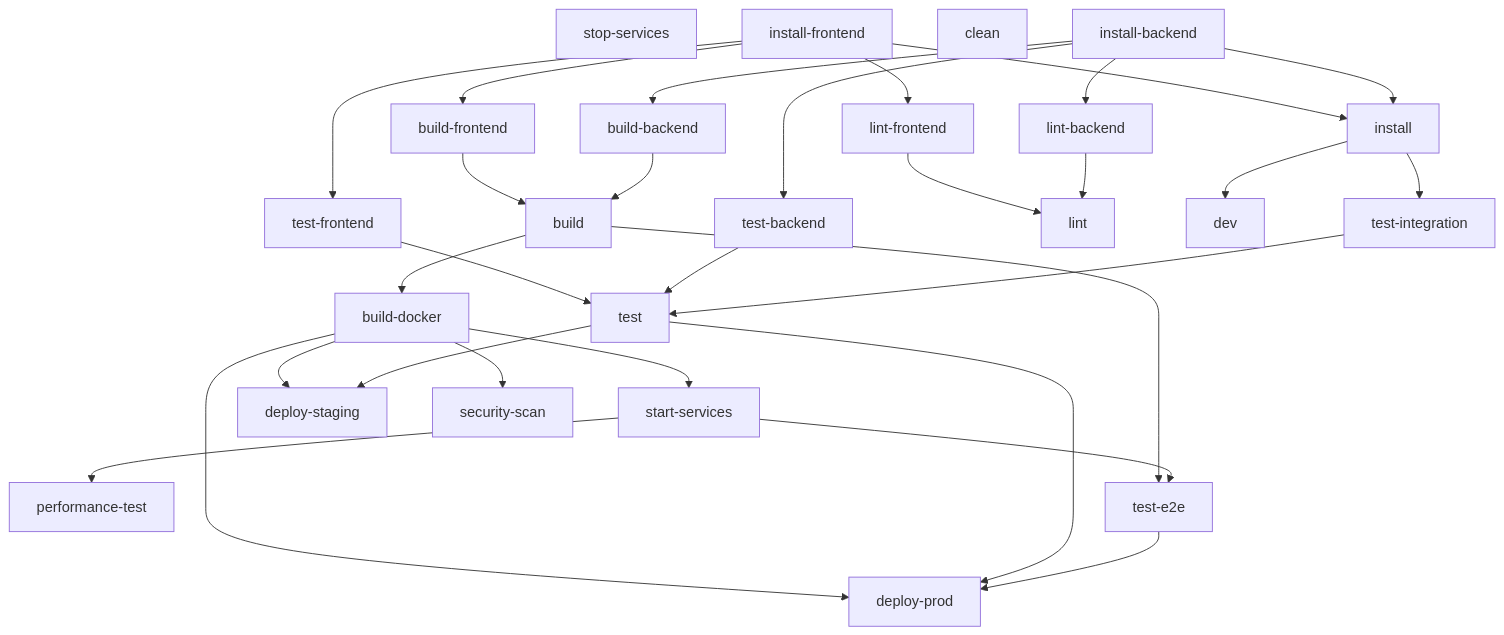
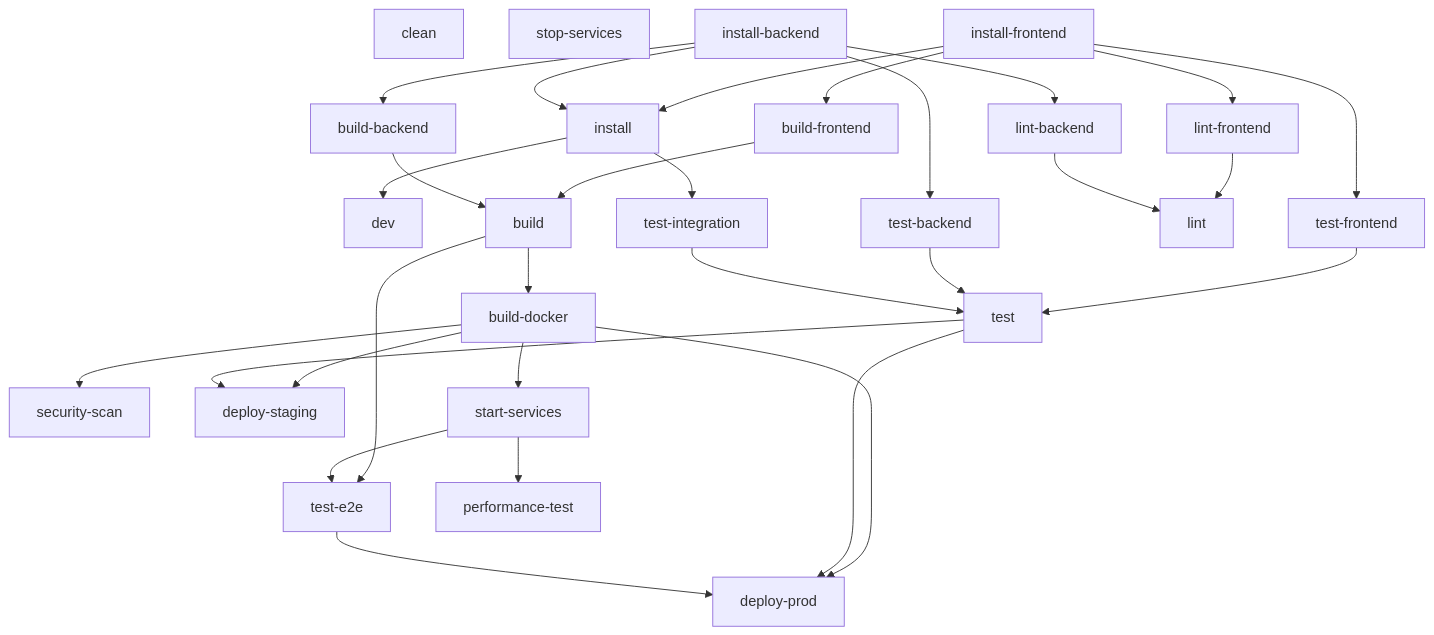
Before and after one commit to nichecode/pipeline-analyzer: the diagram in examples/complex-webapp/.discovery/pipeline-analyzer/gotask/tasks/dependency-graph.md, drawn with Mermaid. The commit also changed other lines of this file and 22 other files, not shown here.

````diff
--- a/examples/complex-webapp/.discovery/pipeline-analyzer/gotask/tasks/dependency-graph.md
+++ b/examples/complex-webapp/.discovery/pipeline-analyzer/gotask/tasks/dependency-graph.md
@@ -13,54 +13,54 @@
 ```mermaid
 graph TD
+    test["test"]
+    test-e2e["test-e2e"]
+    dev["dev"]
+    test-frontend["test-frontend"]
+    test-integration["test-integration"]
+    lint-backend["lint-backend"]
+    build-frontend["build-frontend"]
+    build-backend["build-backend"]
+    security-scan["security-scan"]
+    clean["clean"]
+    install["install"]
+    test-backend["test-backend"]
     lint-frontend["lint-frontend"]
+    deploy-staging["deploy-staging"]
+    deploy-prod["deploy-prod"]
+    lint["lint"]
     build["build"]
-    build-backend["build-backend"]
+    build-docker["build-docker"]
     start-services["start-services"]
     stop-services["stop-services"]
+    performance-test["performance-test"]
     install-frontend["install-frontend"]
-    test["test"]
-    lint-backend["lint-backend"]
-    deploy-staging["deploy-staging"]
-    clean["clean"]
     install-backend["install-backend"]
-    test-integration["test-integration"]
-    build-docker["build-docker"]
-    deploy-prod["deploy-prod"]
-    performance-test["performance-test"]
-    test-backend["test-backend"]
-    lint["lint"]
-    build-frontend["build-frontend"]
-    security-scan["security-scan"]
-    dev["dev"]
-    install["install"]
-    test-frontend["test-frontend"]
-    test-e2e["test-e2e"]
-    install --> test-integration
+    install-backend --> test-backend
+    install-frontend --> lint-frontend
     build-docker --> deploy-prod
     test --> deploy-prod
     test-e2e --> deploy-prod
-    start-services --> performance-test
     lint-frontend --> lint
     lint-backend --> lint
-    install-frontend --> build-frontend
+    build-docker --> security-scan
     install-backend --> build-backend
-    build-docker --> start-services
-    build --> build-docker
-    install-backend --> test-backend
+    start-services --> performance-test
+    install --> dev
+    install-frontend --> test-frontend
+    install --> test-integration
+    install-backend --> lint-backend
     install-frontend --> install
     install-backend --> install
-    install-frontend --> lint-frontend
-    build-frontend --> build
-    build-backend --> build
-    install-backend --> lint-backend
-    build-docker --> security-scan
-    install-frontend --> test-frontend
-    build --> test-e2e
-    start-services --> test-e2e
+    build-docker --> start-services
     test-frontend --> test
     test-backend --> test
     test-integration --> test
     build-docker --> deploy-staging
     test --> deploy-staging
-    install --> dev
+    build-frontend --> build
+    build-backend --> build
+    install-frontend --> build-frontend
+    build --> build-docker
+    build --> test-e2e
+    start-services --> test-e2e
 ```
````
